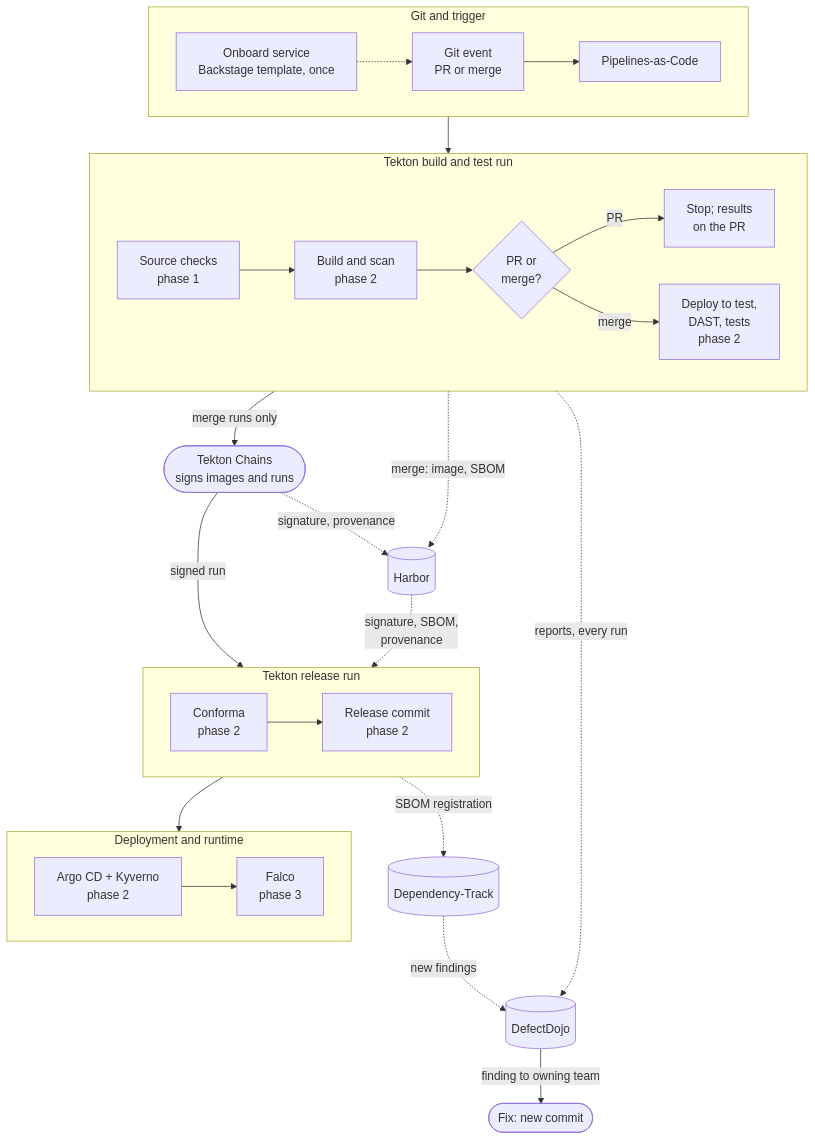
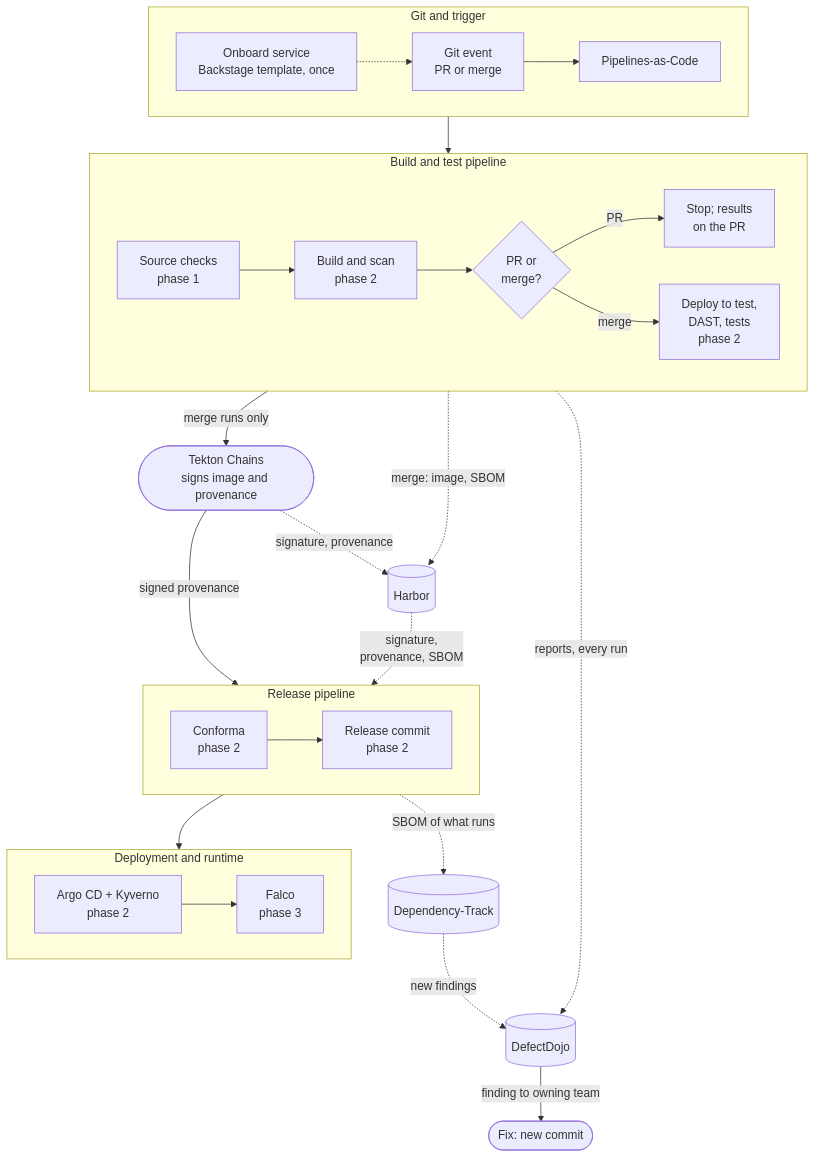
One commit to andymotta/Platform-Engineering changed the first of 7 diagrams in content/en/docs/reference-architectures/open-source-ssdf-cicd.md. Above: the diagram before and after it, drawn with Mermaid. The commit also changed other lines of this file, not shown here.

First line of the commit message:
docs: define gates by evidence and tighten the release path

````diff
--- a/content/en/docs/reference-architectures/open-source-ssdf-cicd.md
+++ b/content/en/docs/reference-architectures/open-source-ssdf-cicd.md
@@ -28,36 +28,36 @@
 ```mermaid
 flowchart TB
     subgraph GIT["Git and trigger"]
         direction LR
         O["Onboard service<br/>Backstage template, once"] -.-> G["Git event<br/>PR or merge"] --> PAC["Pipelines-as-Code"]
     end
-    subgraph BT["Tekton build and test run"]
+    subgraph BT["Build and test pipeline"]
         direction LR
         V1["Source checks<br/>phase 1"] --> V2["Build and scan<br/>phase 2"] --> Q{"PR or<br/>merge?"}
         Q -->|PR| PRX["Stop; results<br/>on the PR"]
         Q -->|merge| V3["Deploy to test,<br/>DAST, tests<br/>phase 2"]
     end
-    C(["Tekton Chains<br/>signs images and runs"])
-    subgraph REL["Tekton release run"]
+    C(["Tekton Chains<br/>signs image and provenance"])
+    subgraph REL["Release pipeline"]
         direction LR
         R1["Conforma<br/>phase 2"] --> R2["Release commit<br/>phase 2"]
     end
     subgraph RUN["Deployment and runtime"]
         direction LR
         D1["Argo CD + Kyverno<br/>phase 2"] --> D2["Falco<br/>phase 3"]
     end
     H[("Harbor")]
     DD[("DefectDojo")]
     DT[("Dependency-Track")]
     GIT --> BT
     BT -->|merge runs only| C
-    C -->|signed run| REL
-    H -.->|signature, SBOM,<br/>provenance| REL
+    C -->|signed provenance| REL
+    H -.->|signature,<br/>provenance, SBOM| REL
     REL --> RUN
     BT -.->|merge: image, SBOM| H
     C -.->|signature, provenance| H
     BT -.->|reports, every run| DD
-    REL -.->|SBOM registration| DT
+    REL -.->|SBOM of what runs| DT
     DT -.->|new findings| DD
     DD -->|finding to owning team| FIX(["Fix: new commit"])
 ```
````
